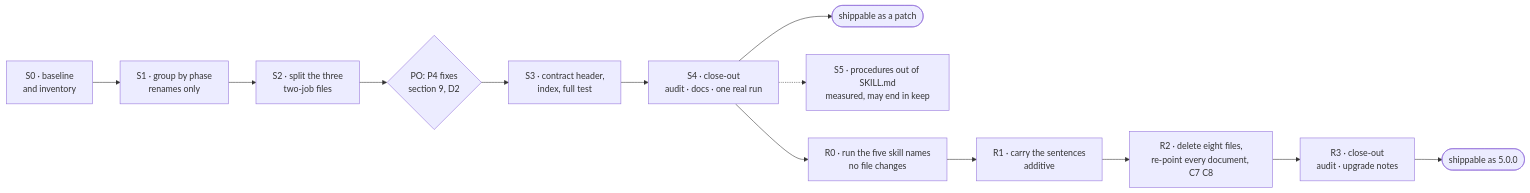
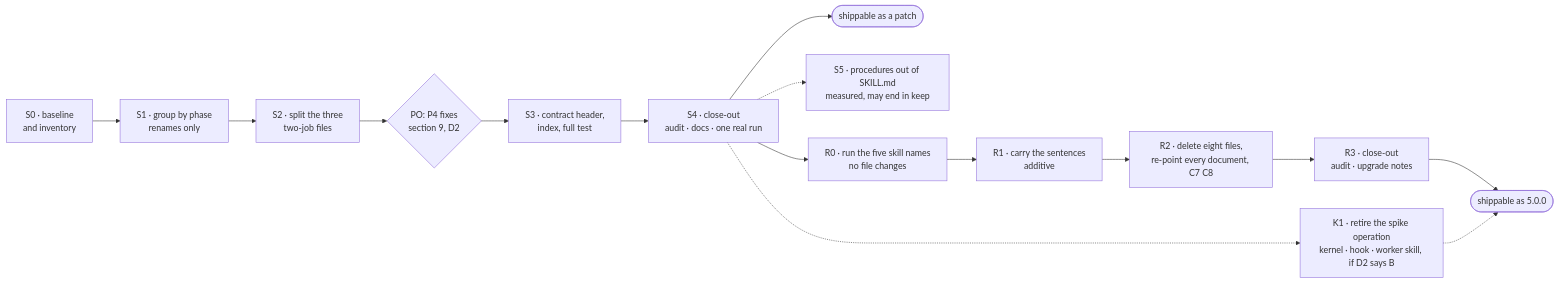
The third of 3 diagrams in docs/design/v4/plan-2026-11-09-building-anatomy.md (nguyenvanphituoc/shapeup-sdlc-plugin), drawn with Mermaid before and after one commit. The commit also changed other lines of this file, not shown here.

Commit message:
docs(v4): record what the spike operation's history shows, and propose retiring it

````diff
--- a/docs/design/v4/plan-2026-11-09-building-anatomy.md
+++ b/docs/design/v4/plan-2026-11-09-building-anatomy.md
@@ -282,15 +331,17 @@
 ```mermaid
 flowchart LR
   S0["S0 · baseline<br/>and inventory"] --> S1["S1 · group by phase<br/>renames only"]
   S1 --> S2["S2 · split the three<br/>two-job files"]
   S2 --> D{"PO: P4 fixes<br/>section 9, D2"}
   D --> S3["S3 · contract header,<br/>index, full test"]
   S3 --> S4["S4 · close-out<br/>audit · docs · one real run"]
   S4 --> SHIP(["shippable as a patch"])
   S4 -.-> S5["S5 · procedures out of SKILL.md<br/>measured, may end in keep"]
   S4 --> R0["R0 · run the five skill names<br/>no file changes"]
   R0 --> R1["R1 · carry the sentences<br/>additive"]
   R1 --> R2["R2 · delete eight files,<br/>re-point every document, C7 C8"]
   R2 --> R3["R3 · close-out<br/>audit · upgrade notes"]
   R3 --> SHIP2(["shippable as 5.0.0"])
+  S4 -.-> K1["K1 · retire the spike operation<br/>kernel · hook · worker skill, if D2 says B"]
+  K1 -.-> SHIP2
 ```
````
